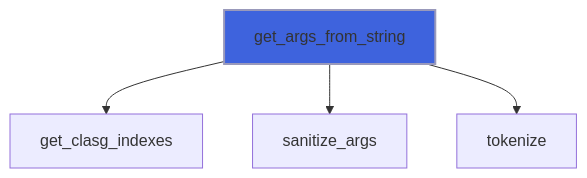
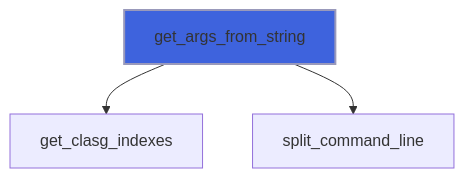
Diagram 18 of 57 in docs/api/src/lib/flap_command_line_interface_t.md (szaghi/FLAP), drawn with Mermaid before and after one commit. The commit also changed other lines of this file and 17 other files, not shown here.

````diff
--- a/docs/api/src/lib/flap_command_line_interface_t.md
+++ b/docs/api/src/lib/flap_command_line_interface_t.md
@@ -494,7 +765,6 @@
 ```mermaid
 flowchart TD
   get_args_from_string["get_args_from_string"] --> get_clasg_indexes["get_clasg_indexes"]
-  get_args_from_string["get_args_from_string"] --> sanitize_args["sanitize_args"]
-  get_args_from_string["get_args_from_string"] --> tokenize["tokenize"]
+  get_args_from_string["get_args_from_string"] --> split_command_line["split_command_line"]
   style get_args_from_string fill:#3e63dd,stroke:#99b,stroke-width:2px
 ```
````
